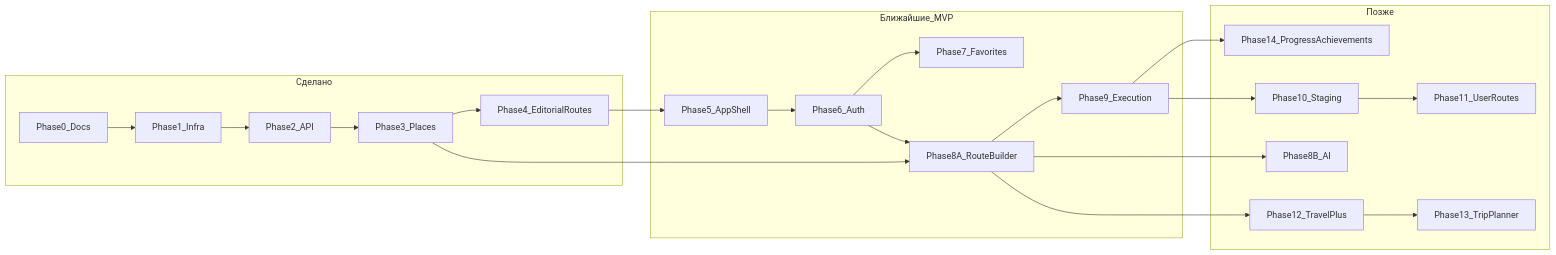
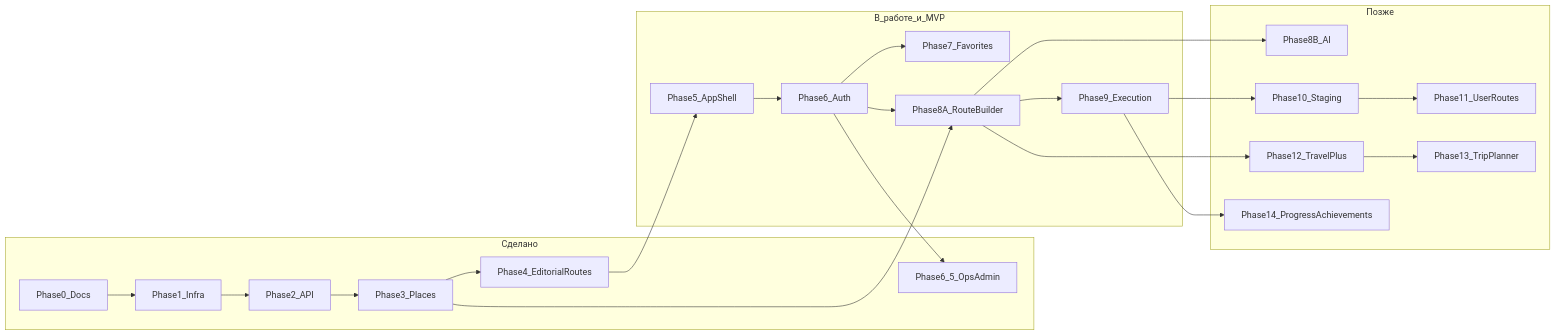
The first of 6 diagrams in docs/diagrams/phase-and-screens-map.md (xotabeach/tourism-platform), drawn with Mermaid before and after one commit. The commit also changed other lines of this file and 4 other files, not shown here.

First line of the commit message:
docs: sync progress, Phase 6.5 ADR, and screen-phase diagrams

````diff
--- a/docs/diagrams/phase-and-screens-map.md
+++ b/docs/diagrams/phase-and-screens-map.md
@@ -13,36 +15,38 @@
 ```mermaid
 flowchart LR
   subgraph done [Сделано]
     p0[Phase0_Docs]
     p1[Phase1_Infra]
     p2[Phase2_API]
     p3[Phase3_Places]
     p4[Phase4_EditorialRoutes]
+    p65[Phase6_5_OpsAdmin]
   end
 
-  subgraph near [Ближайшие_MVP]
+  subgraph near [В_работе_и_MVP]
     p5[Phase5_AppShell]
     p6[Phase6_Auth]
     p7[Phase7_Favorites]
     p8a[Phase8A_RouteBuilder]
     p9[Phase9_Execution]
   end
 
   subgraph later [Позже]
     p8b[Phase8B_AI]
     p10[Phase10_Staging]
     p11[Phase11_UserRoutes]
     p12[Phase12_TravelPlus]
     p13[Phase13_TripPlanner]
     p14[Phase14_ProgressAchievements]
   end
 
   p0 --> p1 --> p2 --> p3 --> p4 --> p5
   p5 --> p6 --> p7
+  p6 --> p65
   p3 --> p8a
   p6 --> p8a --> p9
   p9 --> p14
   p8a --> p8b
   p9 --> p10 --> p11
   p8a --> p12 --> p13
 ```
````
